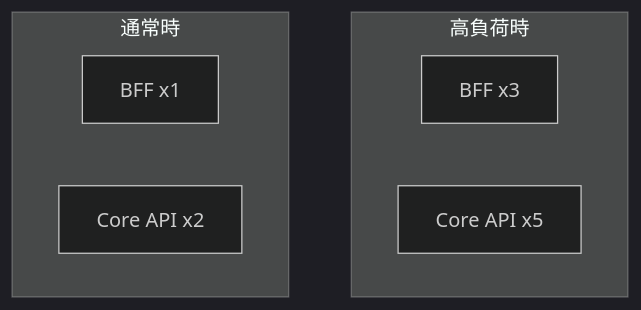
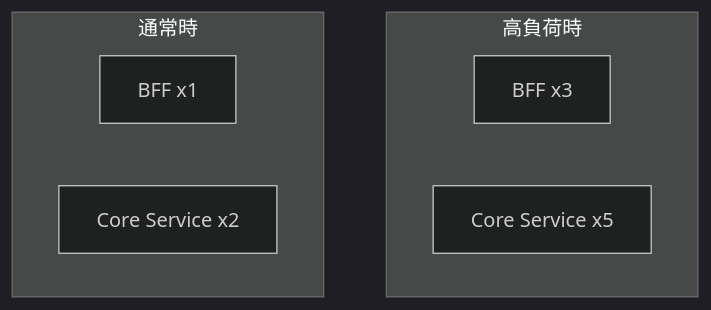
One commit to ka2kama/ringiflow changed the third of 3 diagrams in docs/06_技術ノート/BFFパターン.md. Above: the diagram before and after it, drawn with Mermaid (dark theme). The commit also changed other lines of this file and 55 other files, not shown here.

````diff
--- a/docs/06_技術ノート/BFFパターン.md
+++ b/docs/06_技術ノート/BFFパターン.md
@@ -67,12 +67,12 @@
 ```mermaid
 flowchart TB
     subgraph "高負荷時"
         BFF1["BFF x3"]
-        Core1["Core API x5"]
+        Core1["Core Service x5"]
     end
 
     subgraph "通常時"
         BFF2["BFF x1"]
-        Core2["Core API x2"]
+        Core2["Core Service x2"]
     end
 ```
````
